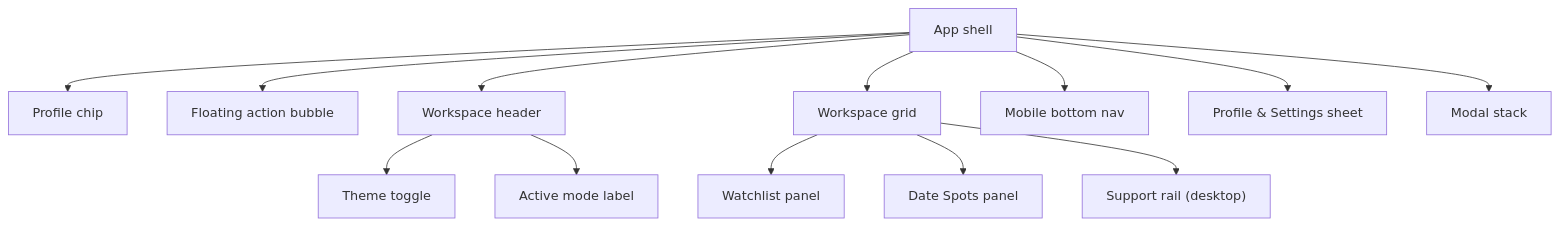
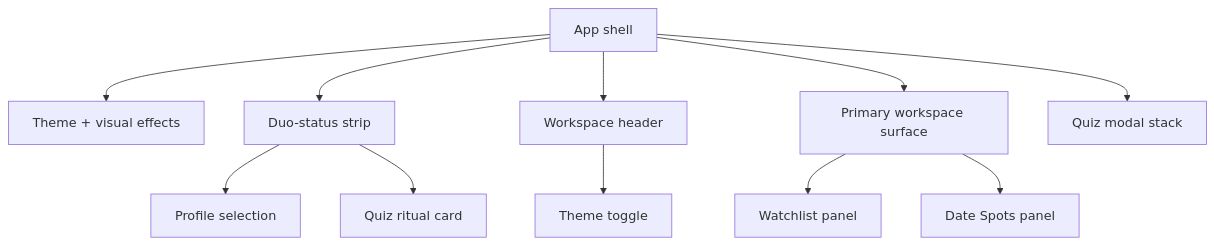
The diagram in docs/SITE_LAYOUT.md (guitarbeat/electron), drawn with Mermaid before and after one commit. The commit also changed other lines of this file and 18 other files, not shown here.

````diff
--- a/docs/SITE_LAYOUT.md
+++ b/docs/SITE_LAYOUT.md
@@ -162,16 +163,14 @@
 ```mermaid
 flowchart TD
   App["App shell"]
-  App --> Profile["Profile chip"]
-  App --> Bubble["Floating action bubble"]
+  App --> Effects["Theme + visual effects"]
+  App --> Duo["Duo-status strip"]
+  Duo --> Profiles["Profile selection"]
+  Duo --> Quiz["Quiz ritual card"]
   App --> Header["Workspace header"]
   Header --> Toggle["Theme toggle"]
-  Header --> Active["Active mode label"]
-  App --> Grid["Workspace grid"]
-  Grid --> Watch["Watchlist panel"]
-  Grid --> Places["Date Spots panel"]
-  Grid --> Rail["Support rail (desktop)"]
-  App --> Mobile["Mobile bottom nav"]
-  App --> Sheet["Profile & Settings sheet"]
-  App --> Modal["Modal stack"]
+  App --> Surface["Primary workspace surface"]
+  Surface --> Watch["Watchlist panel"]
+  Surface --> Places["Date Spots panel"]
+  App --> Modal["Quiz modal stack"]
 ```
````
